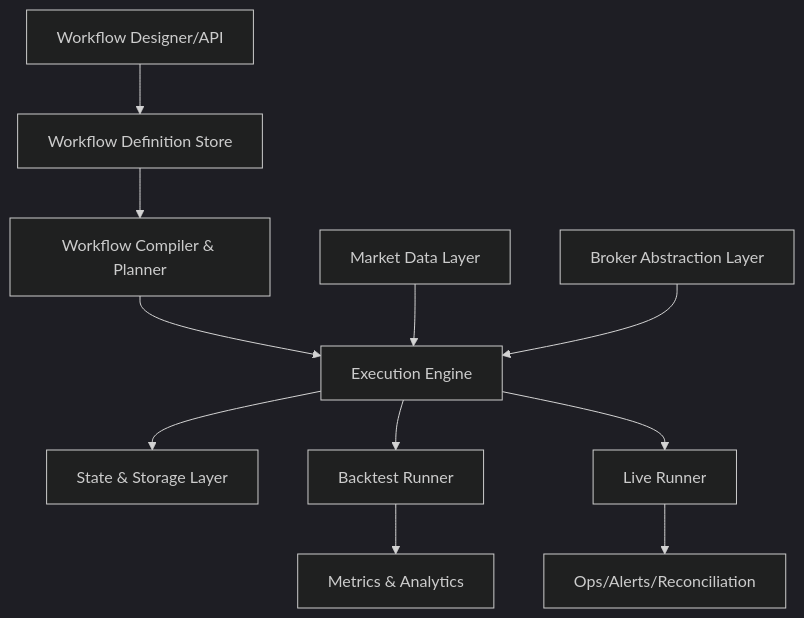
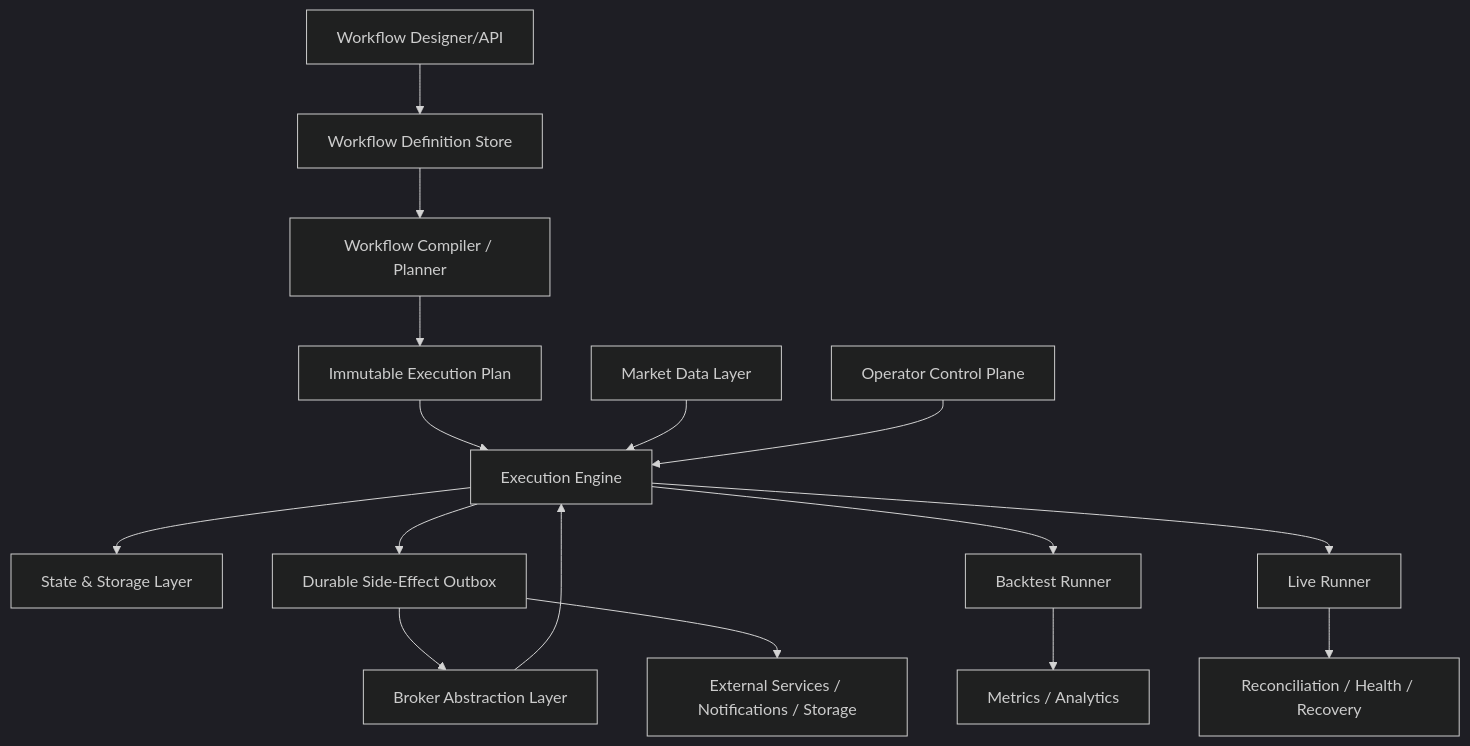
Before and after one commit to Coreza-io/coreza: the second of 5 diagrams in docs/coreza-trading-os-architecture-rfc.md, drawn with Mermaid (dark theme). The commit also changed other lines of this file and 62 other files, not shown here.

````diff
--- a/docs/coreza-trading-os-architecture-rfc.md
+++ b/docs/coreza-trading-os-architecture-rfc.md
@@ -67,17 +72,23 @@
 ```mermaid
 flowchart TD
   UI[Workflow Designer/API] --> DEF[Workflow Definition Store]
-  DEF --> COMP[Workflow Compiler & Planner]
+  DEF --> COMP[Workflow Compiler / Planner]
 
-  COMP --> ENG[Execution Engine]
-  ENG --> STATE[State & Storage Layer]
+  COMP --> PLAN[Immutable Execution Plan]
+  PLAN --> ENG[Execution Engine]
 
   MD[Market Data Layer] --> ENG
   BRK[Broker Abstraction Layer] --> ENG
+  CTRL[Operator Control Plane] --> ENG
+
+  ENG --> STATE[State & Storage Layer]
+  ENG --> OUTBOX[Durable Side-Effect Outbox]
+  OUTBOX --> BRK
+  OUTBOX --> EXT[External Services / Notifications / Storage]
 
   ENG --> BTR[Backtest Runner]
   ENG --> LVR[Live Runner]
 
-  BTR --> MET[Metrics & Analytics]
-  LVR --> OPS[Ops/Alerts/Reconciliation]
+  BTR --> MET[Metrics / Analytics]
+  LVR --> OPS[Reconciliation / Health / Recovery]
 ```
````
